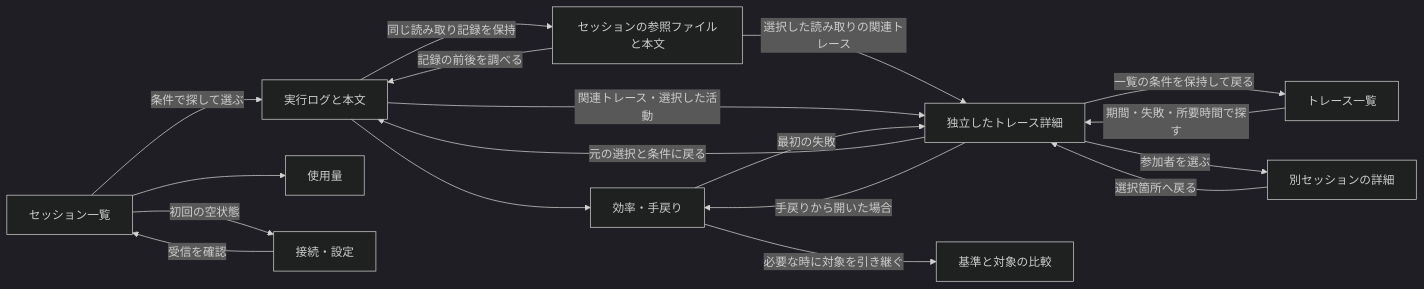
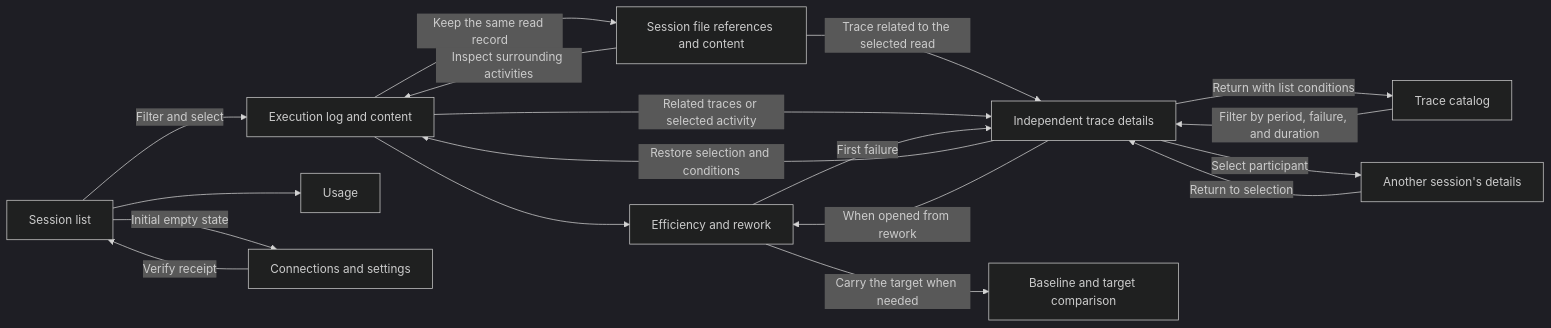
One commit to kotokumu/agentmetry changed the diagram in docs/design/ui-ux-refresh.md. Above: the diagram before and after it, drawn with Mermaid (dark theme). The commit also changed other lines of this file, not shown here.

````diff
--- a/docs/design/ui-ux-refresh.md
+++ b/docs/design/ui-ux-refresh.md
@@ -115,20 +115,20 @@
 ```mermaid
 flowchart LR
-    A[セッション一覧] -->|条件で探して選ぶ| B[実行ログと本文]
-    T[トレース一覧] -->|期間・失敗・所要時間で探す| D[独立したトレース詳細]
-    D -->|一覧の条件を保持して戻る| T
-    B --> C[効率・手戻り]
-    B -->|同じ読み取り記録を保持| R[セッションの参照ファイルと本文]
-    R -->|記録の前後を調べる| B
-    R -->|選択した読み取りの関連トレース| D
-    B -->|関連トレース・選択した活動| D
-    C -->|最初の失敗| D
-    D -->|元の選択と条件に戻る| B
-    D -->|手戻りから開いた場合| C
-    D -->|参加者を選ぶ| H[別セッションの詳細]
-    H -->|選択箇所へ戻る| D
-    C -->|必要な時に対象を引き継ぐ| E[基準と対象の比較]
-    A --> F[使用量]
-    A -->|初回の空状態| G[接続・設定]
-    G -->|受信を確認| A
+    A[Session list] -->|Filter and select| B[Execution log and content]
+    T[Trace catalog] -->|Filter by period, failure, and duration| D[Independent trace details]
+    D -->|Return with list conditions| T
+    B --> C[Efficiency and rework]
+    B -->|Keep the same read record| R[Session file references and content]
+    R -->|Inspect surrounding activities| B
+    R -->|Trace related to the selected read| D
+    B -->|Related traces or selected activity| D
+    C -->|First failure| D
+    D -->|Restore selection and conditions| B
+    D -->|When opened from rework| C
+    D -->|Select participant| H[Another session's details]
+    H -->|Return to selection| D
+    C -->|Carry the target when needed| E[Baseline and target comparison]
+    A --> F[Usage]
+    A -->|Initial empty state| G[Connections and settings]
+    G -->|Verify receipt| A
 ```
````
